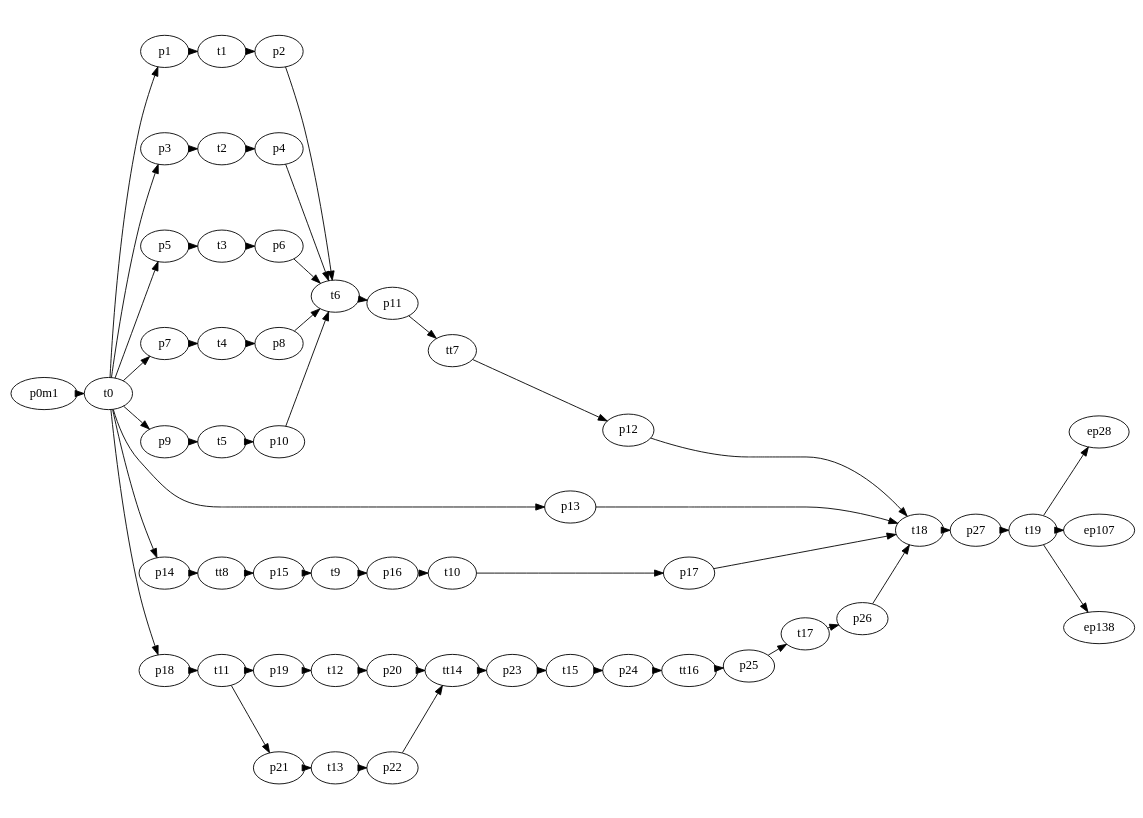
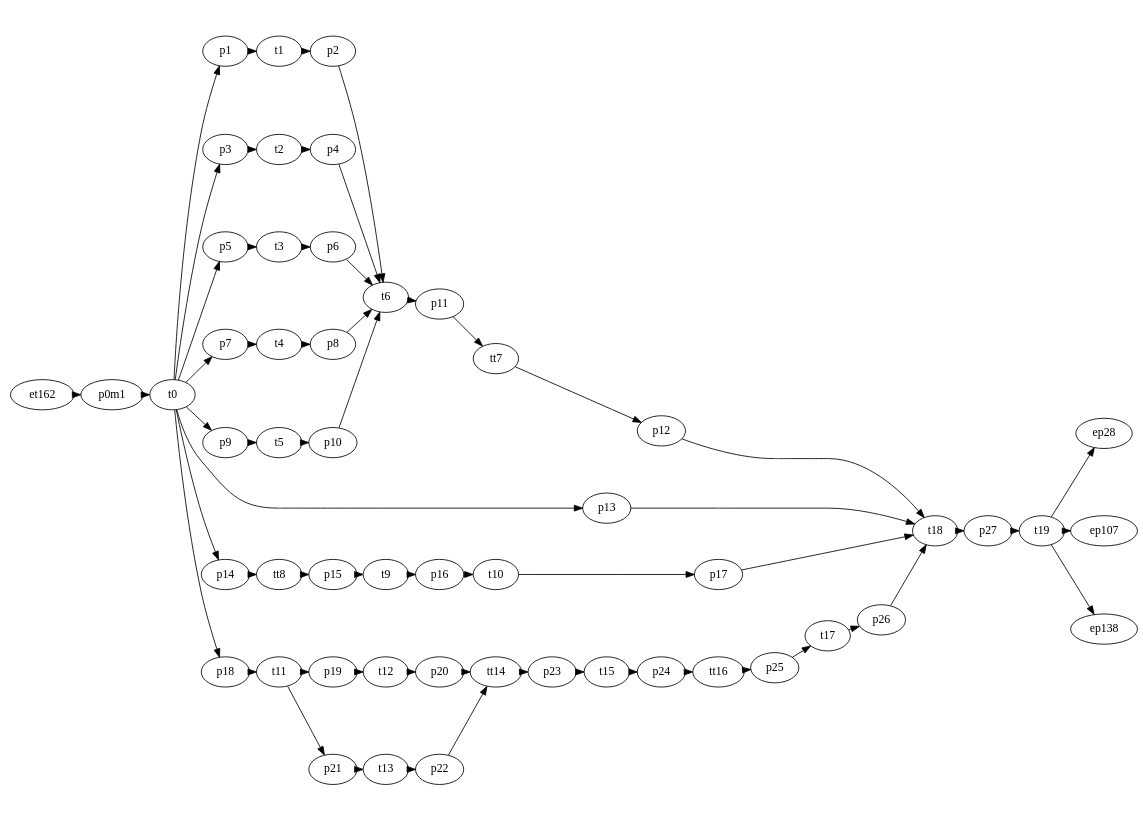
The diagram in figures/petriNet/partial/initial.dot (Accacio/docsTCC), drawn with Graphviz before and after one commit. The commit also changed 64 other files, not shown here.

```diff
--- a/figures/petriNet/partial/initial.dot
+++ b/figures/petriNet/partial/initial.dot
@@ -1,151 +1,151 @@
 digraph A {
     # splines = ortho
     rankdir=LR;
     ratio=fill
     graph [pad="0.01", nodesep="0.1", ranksep="0.01"];
     size="11.7,8.3!";
     margin=0;
 
 
 
 
 {rank =same; }
 # PetriNetBegin
 ## Modulo inicialização
 
     p0m1
     p1
     p2
     p3
     p4
     p5
     p6
     p7
     p8
     p9
     p10
     p11
     p12
     p13
     p14
     p15
     p16
     p17
     p18
     p19
     p20
     p21
     p22
     p23
     p24
     p25
     p26
     p27
 
     t0
     t1
     t2
     t3
     t4
     t5
     t6
     tt7
     tt8
     t9
     t10
     t11
     t12
     t13
     tt14
     t15
     tt16
     t17
     t18
     t19
 
 # subgraph cluster_1 {
 #   label="Initialization";
 #   labelloc = b
 #   style="dashed"
 ##  color="red"
 ##  pre
 
   p0m1 -> t0
 
   p1 -> t1
   p2 -> t6
   p3 -> t2
   p4 -> t6
   p5 -> t3
   p6 -> t6
   p7 -> t4
   p8 -> t6
   p9 -> t5
   p10 -> t6
   p11 -> tt7
   p12 -> t18
 
   p13 -> t18
 
   p14 -> tt8
   p15 -> t9
   p16 -> t10
   p17 -> t18
 
   p18 -> t11
   p19 -> t12
   p20 -> tt14
   p21 -> t13
   p22 -> tt14
   p23 -> t15
   p24 -> tt16
   p25 -> t17
   p26 -> t18
   p27 -> t19
 ## pos
 
   t0 -> p1
   t0 -> p3
   t0 -> p5
   t0 -> p7
   t0 -> p9
   t0 -> p13
   t0 -> p14
   t0 -> p18
 
   t1 -> p2
   t2 -> p4
   t3 -> p6
   t4 -> p8
   t5 -> p10
   t6 -> p11
   tt7 -> p12
 
   tt8 -> p15
   t9 -> p16
   t10 -> p17
 
   t11 -> p19
   t11 -> p21
   t12 -> p20
   t13 -> p22
   tt14 -> p23
   t15 -> p24
   tt16 -> p25
   t17 -> p26
   t18 -> p27
 
 # }
 ep28
 ep107
 ep138
+et162
 
-
-
+et162 -> p0m1
 t19 -> ep28
 t19 -> ep107
 t19 -> ep138
 
 
 # PetriNetEnd
 }
```
